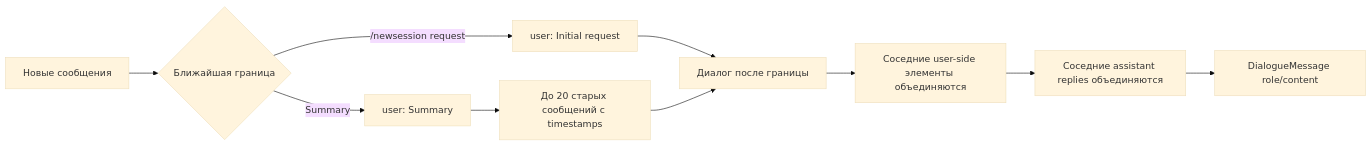
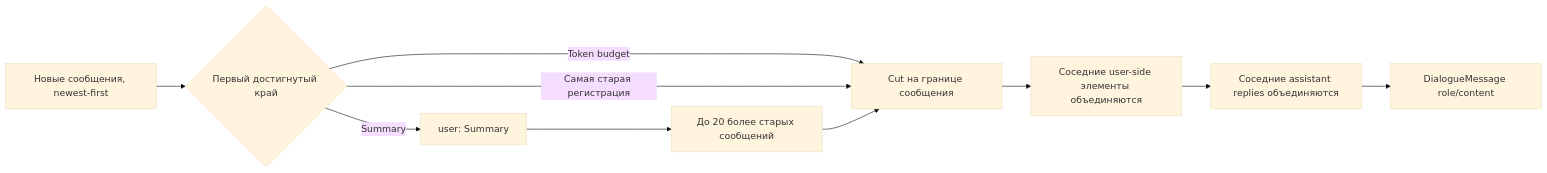
One commit to myvaheed/tg-ai-safwa changed the third of 3 diagrams in docs/diagrams/01-telegram-vs-llm-history.md. Above: the diagram before and after it, drawn with Mermaid (base theme). The commit also changed other lines of this file and 28 other files, not shown here.

````diff
--- a/docs/diagrams/01-telegram-vs-llm-history.md
+++ b/docs/diagrams/01-telegram-vs-llm-history.md
@@ -83,12 +75,12 @@
 ```mermaid
 flowchart LR
-    N["Новые сообщения"] --> B{"Ближайшая граница"}
-    B -->|"/newsession request"| I["user: Initial request"]
+    N["Новые сообщения, newest-first"] --> B{"Первый достигнутый край"}
+    B -->|"Token budget"| R["Cut на границе сообщения"]
     B -->|"Summary"| S["user: Summary"]
-    S --> C["До 20 старых сообщений с timestamps"]
-    I --> R["Диалог после границы"]
+    B -->|"Самая старая регистрация"| R
+    S --> C["До 20 более старых сообщений"]
     C --> R
     R --> M["Соседние user-side элементы объединяются"]
     M --> T["Соседние assistant replies объединяются"]
     T --> D["DialogueMessage role/content"]
 ```
````
